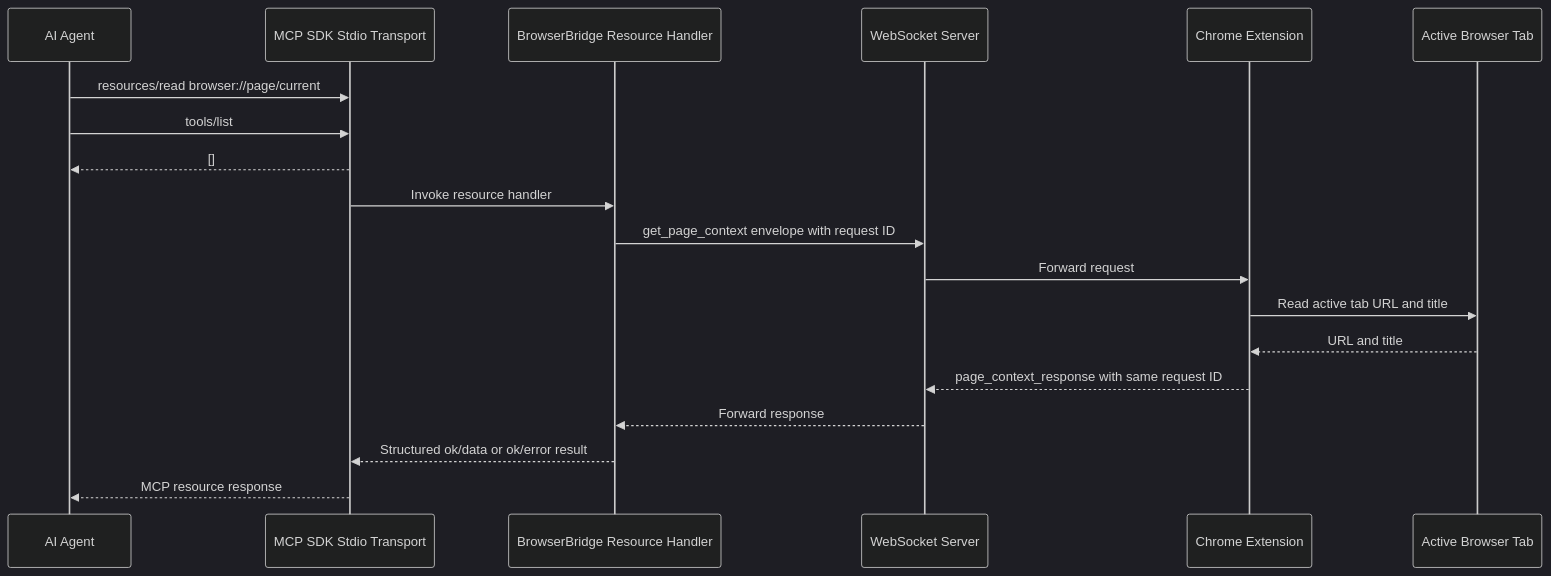
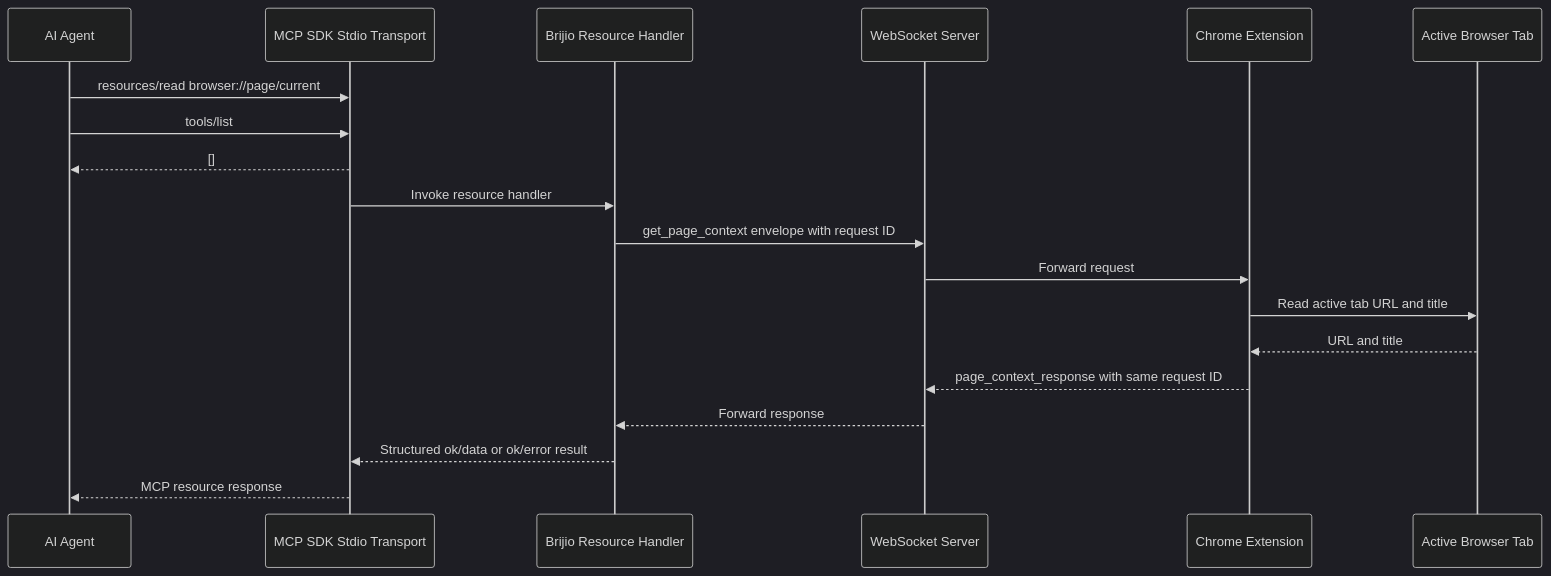
Before and after one commit to redvex/brijio: the diagram in docs/artifacts/first-mcp-page-context-resource.md, drawn with Mermaid (dark theme). The commit also changed other lines of this file and 112 other files, not shown here.

First line of the commit message:
feat: rename BrowserBridge → Brijio across entire codebase

````diff
--- a/docs/artifacts/first-mcp-page-context-resource.md
+++ b/docs/artifacts/first-mcp-page-context-resource.md
@@ -19,22 +19,22 @@
 ```mermaid
 sequenceDiagram
   participant Agent as AI Agent
   participant SDK as MCP SDK Stdio Transport
-  participant MCP as BrowserBridge Resource Handler
+  participant MCP as Brijio Resource Handler
   participant WS as WebSocket Server
   participant Ext as Chrome Extension
   participant Tab as Active Browser Tab
 
   Agent->>SDK: resources/read browser://page/current
   Agent->>SDK: tools/list
   SDK-->>Agent: []
   SDK->>MCP: Invoke resource handler
   MCP->>WS: get_page_context envelope with request ID
   WS->>Ext: Forward request
   Ext->>Tab: Read active tab URL and title
   Tab-->>Ext: URL and title
   Ext-->>WS: page_context_response with same request ID
   WS-->>MCP: Forward response
   MCP-->>SDK: Structured ok/data or ok/error result
   SDK-->>Agent: MCP resource response
 ```
````
